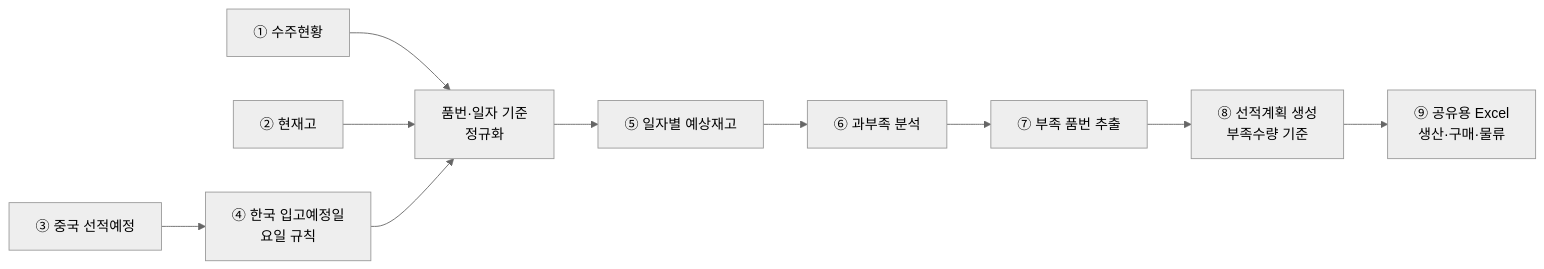
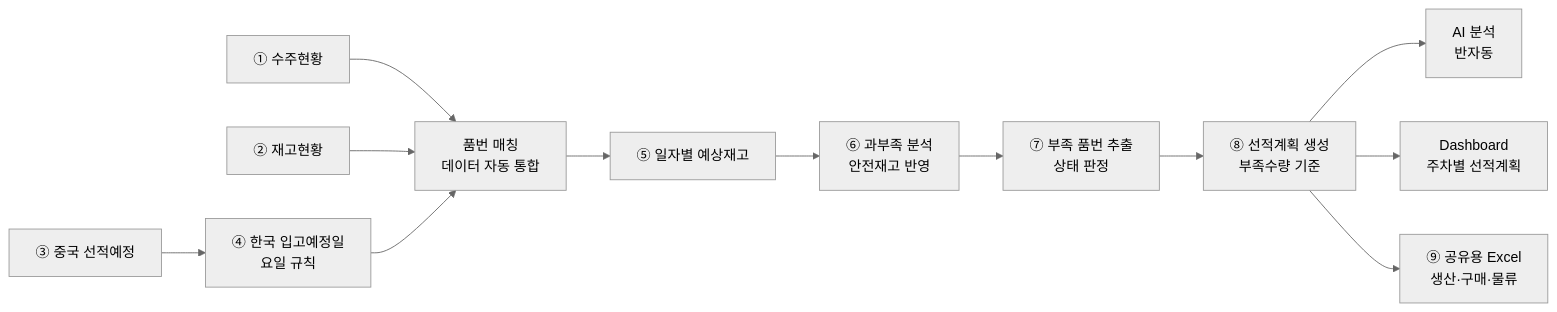
The diagram in docs/01_프로젝트_기획서.md (aebonlee/data09-18), drawn with Mermaid (neutral theme) before and after one commit. The commit also changed other lines of this file and 22 other files, not shown here.

Commit message:
1단계 개발 — 선적계획 자동화 도구 (입고예정 규칙·일자별 예상재고·과부족·선적계획 제안·대시보드), 기획서 v0.2

````diff
--- a/docs/01_프로젝트_기획서.md
+++ b/docs/01_프로젝트_기획서.md
@@ -52,12 +73,14 @@
 ```mermaid
 flowchart LR
-  O[① 수주현황] --> N[품번·일자 기준<br/>정규화]
-  I[② 현재고] --> N
+  O[① 수주현황] --> N[품번 매칭<br/>데이터 자동 통합]
+  I[② 재고현황] --> N
   S[③ 중국 선적예정] --> A[④ 한국 입고예정일<br/>요일 규칙]
   A --> N
   N --> P[⑤ 일자별 예상재고]
-  P --> G[⑥ 과부족 분석]
-  G --> L[⑦ 부족 품번 추출]
+  P --> G[⑥ 과부족 분석<br/>안전재고 반영]
+  G --> L[⑦ 부족 품번 추출<br/>상태 판정]
   L --> SP[⑧ 선적계획 생성<br/>부족수량 기준]
+  SP --> AI[AI 분석<br/>반자동]
+  SP --> D[Dashboard<br/>주차별 선적계획]
   SP --> X[⑨ 공유용 Excel<br/>생산·구매·물류]
 ```
````
